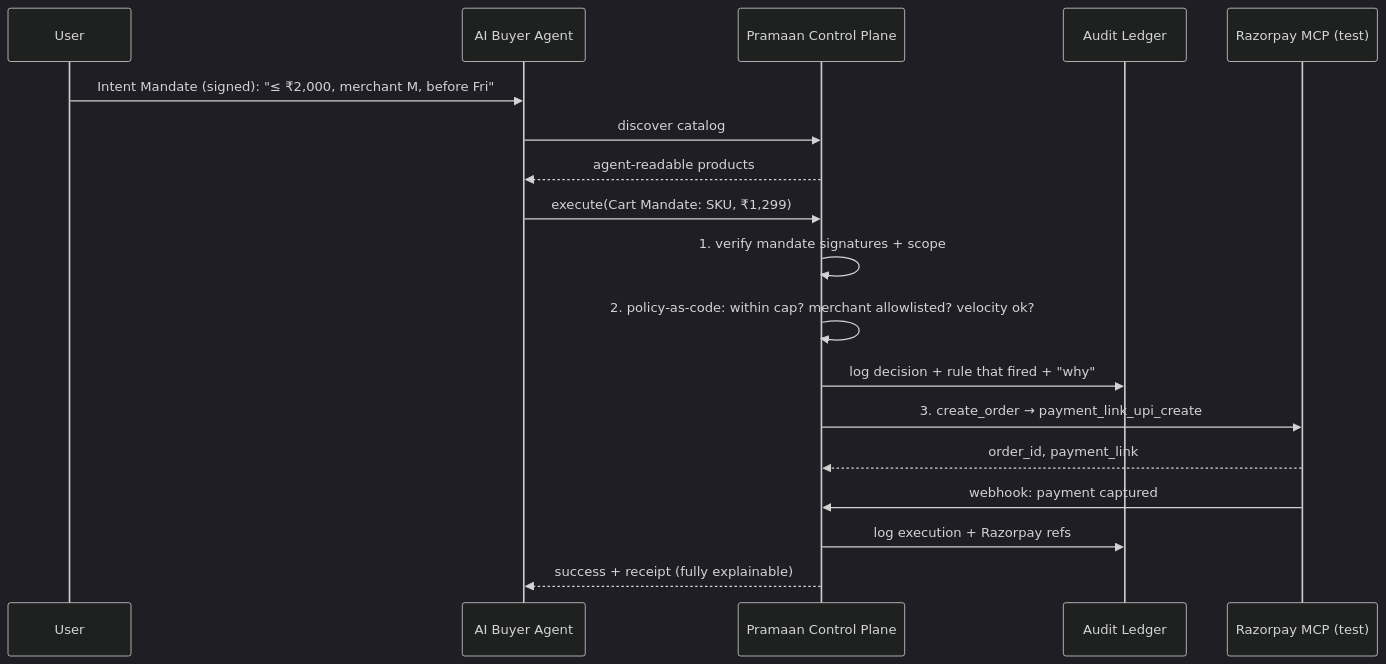
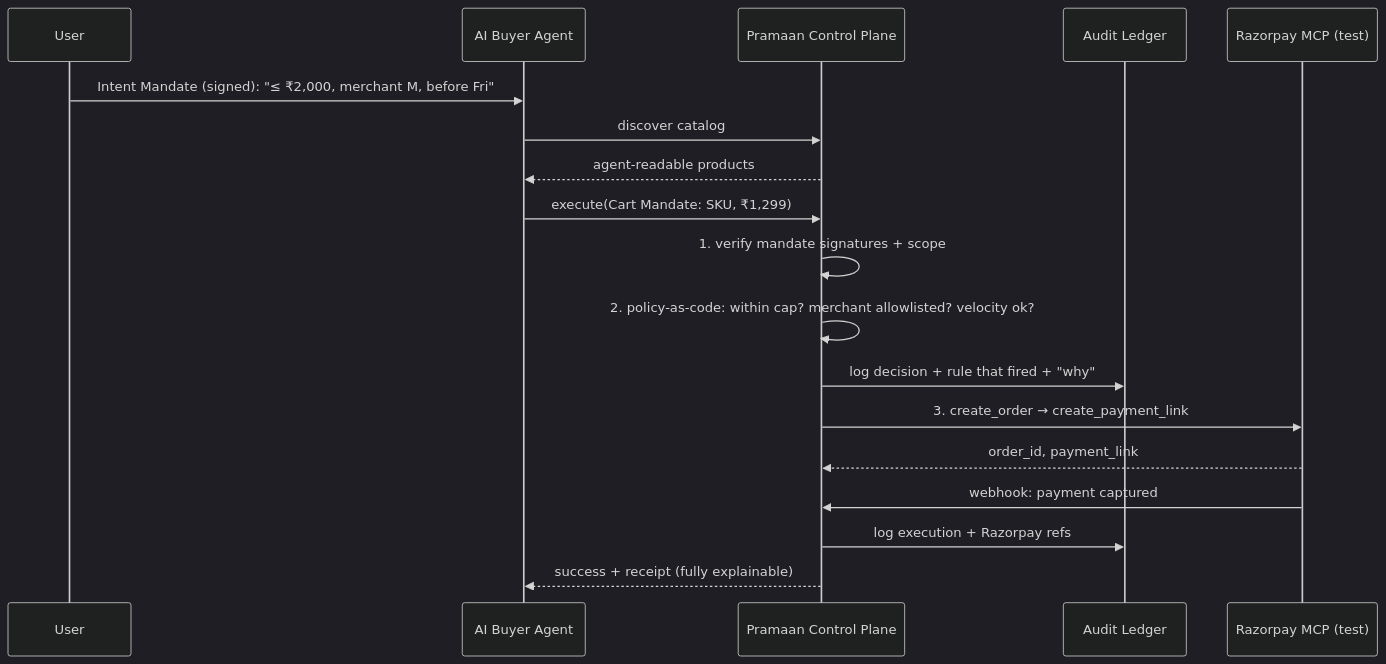
One commit to Kahaan19/pramaan changed the second of 2 diagrams in ARCHITECTURE.md. Above: the diagram before and after it, drawn with Mermaid (dark theme). The commit also changed other lines of this file and 13 other files, not shown here.

````diff
--- a/ARCHITECTURE.md
+++ b/ARCHITECTURE.md
@@ -87,21 +87,21 @@
 ```mermaid
 sequenceDiagram
     participant U as User
     participant A as AI Buyer Agent
     participant P as Pramaan Control Plane
     participant L as Audit Ledger
     participant R as Razorpay MCP (test)
 
     U->>A: Intent Mandate (signed): "≤ ₹2,000, merchant M, before Fri"
     A->>P: discover catalog
     P-->>A: agent-readable products
     A->>P: execute(Cart Mandate: SKU, ₹1,299)
     P->>P: 1. verify mandate signatures + scope
     P->>P: 2. policy-as-code: within cap? merchant allowlisted? velocity ok?
     P->>L: log decision + rule that fired + "why"
-    P->>R: 3. create_order → payment_link_upi_create
+    P->>R: 3. create_order → create_payment_link
     R-->>P: order_id, payment_link
     R->>P: webhook: payment captured
     P->>L: log execution + Razorpay refs
     P-->>A: success + receipt (fully explainable)
 ```
````
